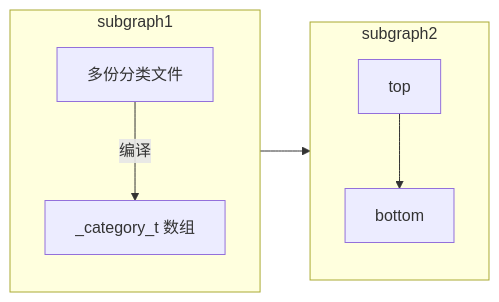
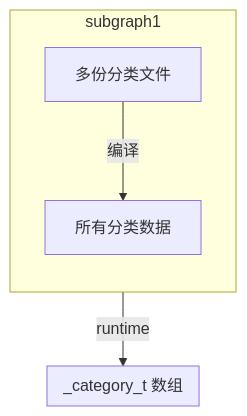
One commit to 627969687/LevelUp changed the diagram in 01-Coding/01-iOS/01-面试/01-OC/01-语法/04-分类.md. Above: the diagram before and after it, drawn with Mermaid. The commit also changed other lines of this file, not shown here.

Commit message:
vault backup: 2024-12-14 14:09:43

````diff
--- a/01-Coding/01-iOS/01-面试/01-OC/01-语法/04-分类.md
+++ b/01-Coding/01-iOS/01-面试/01-OC/01-语法/04-分类.md
@@ -46,17 +47,18 @@
 ```mermaid
-flowchart LR
+flowchart TD
 
 categoryFile[多份分类文件]
-struct[_category_t 数组]
+data[所有分类数据]
 
 	subgraph subgraph1
         direction TB
-        categoryFile --编译--> struct
+        categoryFile --编译--> data
     end
-    subgraph subgraph2
+    subgraph subgraph2[_category_t 数组]
         direction TB
-        top2[top] --> bottom2[bottom]
     end
 
-    subgraph1 --> subgraph2
+
+
+	data --runtime--> subgraph2
 ```
````
